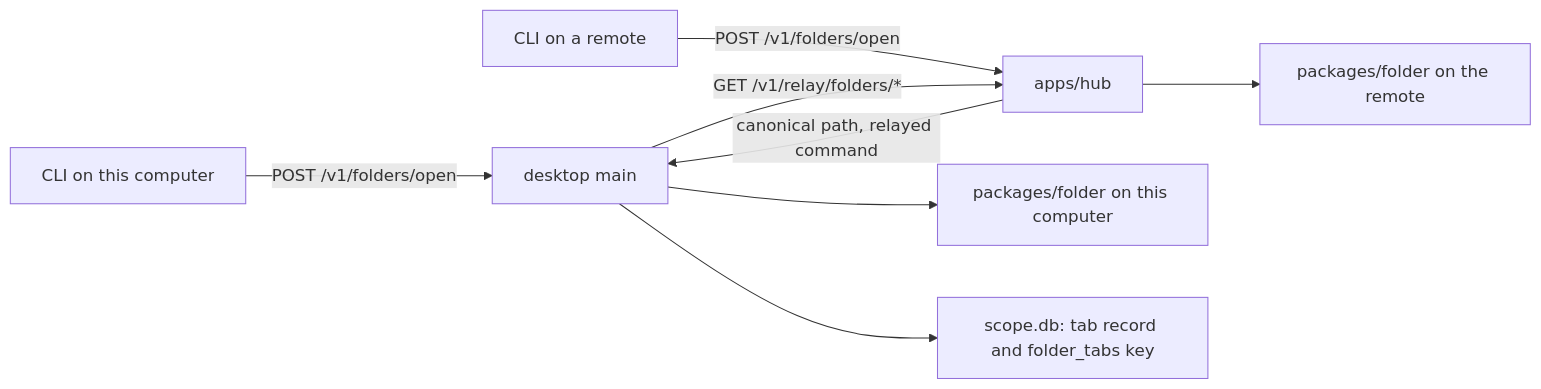
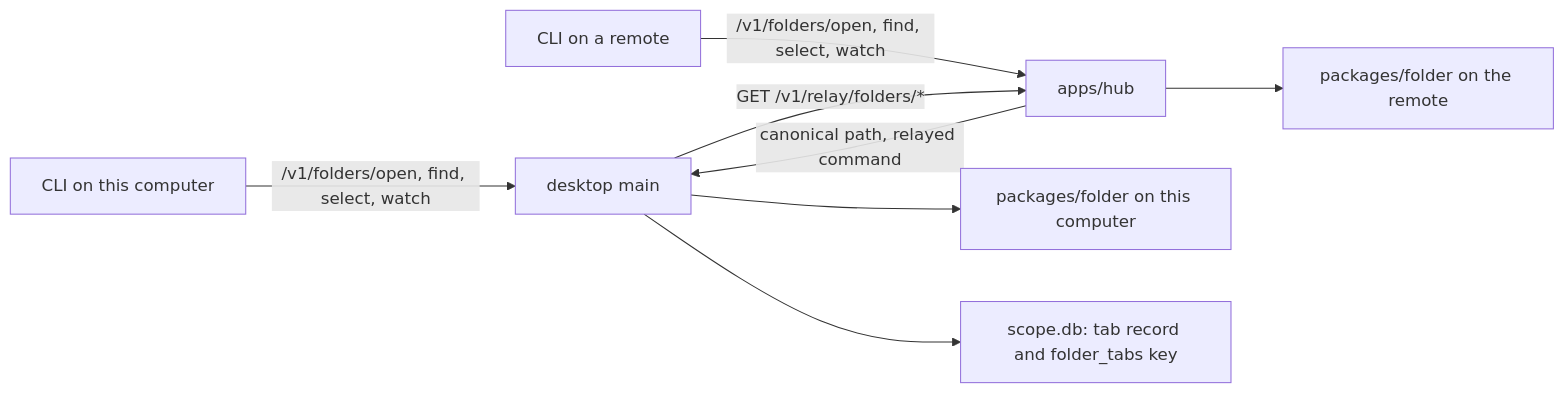
Before and after one commit to alundgren/irudd-scope: the second of 2 diagrams in docs/architecture.md, drawn with Mermaid. The commit also changed other lines of this file and 4 other files, not shown here.

Commit message:
docs(folders): document find, select, and watch

````diff
--- a/docs/architecture.md
+++ b/docs/architecture.md
@@ -39,10 +39,10 @@
 ```mermaid
 flowchart LR
-    LocalCLI[CLI on this computer] -->|POST /v1/folders/open| Desktop[desktop main]
-    RemoteCLI[CLI on a remote] -->|POST /v1/folders/open| Hub[apps/hub]
+    LocalCLI[CLI on this computer] -->|/v1/folders/open, find, select, watch| Desktop[desktop main]
+    RemoteCLI[CLI on a remote] -->|/v1/folders/open, find, select, watch| Hub[apps/hub]
     Hub -->|canonical path, relayed command| Desktop
     Desktop -->|GET /v1/relay/folders/*| Hub
     Desktop --> LocalFiles[packages/folder on this computer]
     Hub --> RemoteFiles[packages/folder on the remote]
     Desktop --> Record[scope.db: tab record and folder_tabs key]
 ```
````
